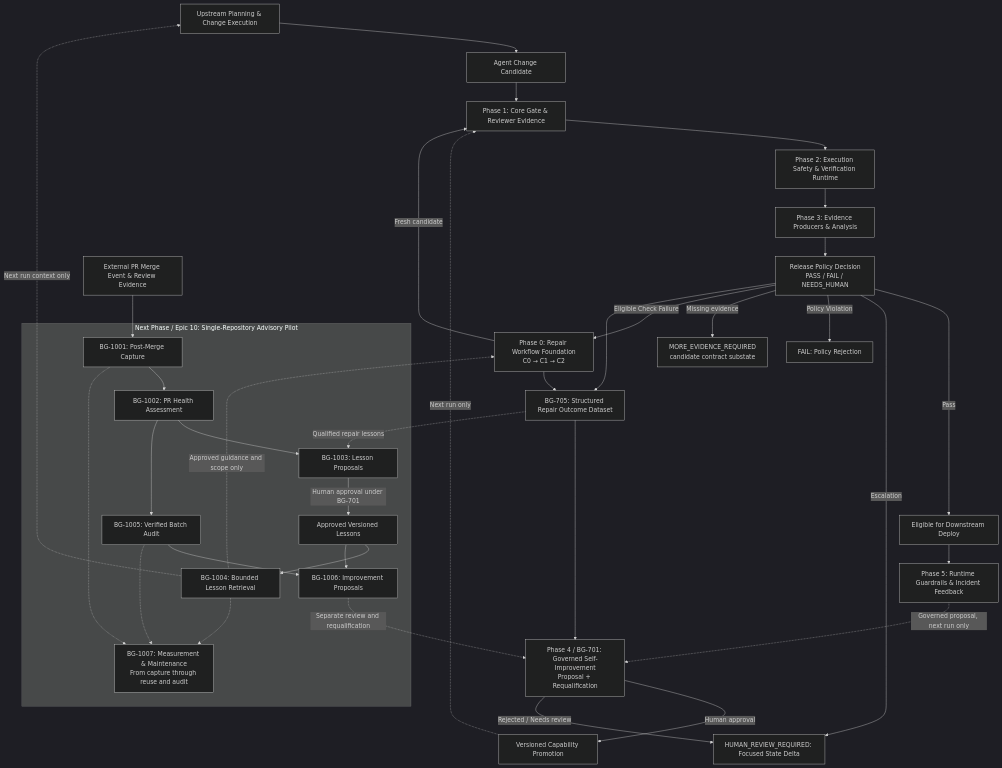
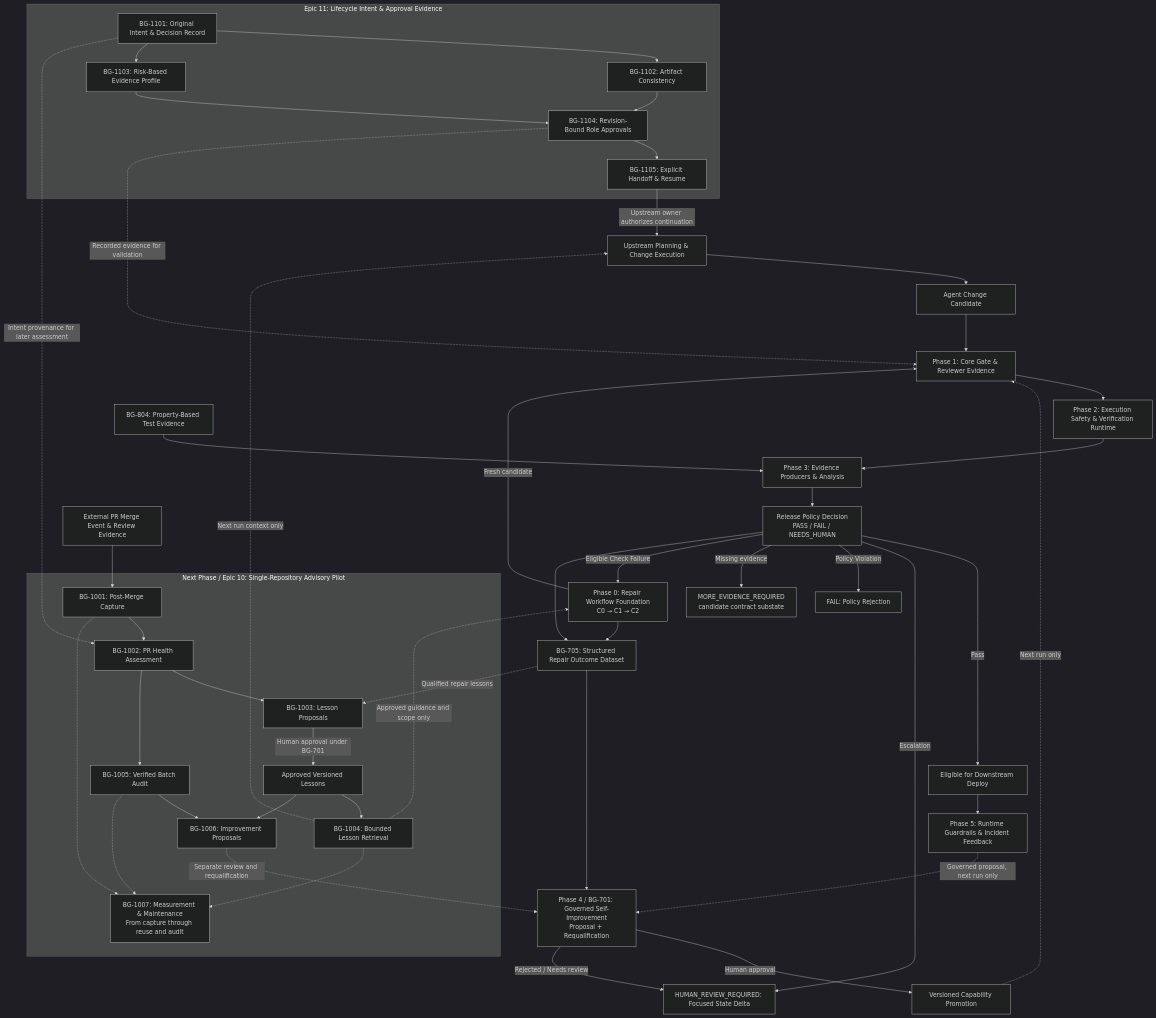
The diagram in release-gate/docs/backlog.md (jerryshao2012/blindspot-remediation), drawn with Mermaid (dark theme) before and after one commit. The commit also changed other lines of this file, not shown here.

First line of the commit message:
feat(docs): add Epic 11 lifecycle intent and approval evidence tracking

````diff
--- a/release-gate/docs/backlog.md
+++ b/release-gate/docs/backlog.md
@@ -72,41 +74,52 @@
 ```mermaid
 flowchart TD
     U[Upstream Planning & Change Execution] --> A[Agent Change Candidate]
     A --> B[Phase 1: Core Gate & Reviewer Evidence]
     B --> C[Phase 2: Execution Safety & Verification Runtime]
     C --> D[Phase 3: Evidence Producers & Analysis]
     D --> E[Release Policy Decision<br/>PASS / FAIL / NEEDS_HUMAN]
     E -->|Pass| H[Eligible for Downstream Deploy]
     E -->|Escalation| I[HUMAN_REVIEW_REQUIRED: Focused State Delta]
     E -->|Policy Violation| J[FAIL: Policy Rejection]
     E -->|Missing evidence| N[MORE_EVIDENCE_REQUIRED<br/>candidate contract substate]
     E -->|Eligible Check Failure| R[Phase 0: Repair Workflow Foundation<br/>C0 → C1 → C2]
     R -->|Fresh candidate| B
     E --> K[BG-705: Structured Repair Outcome Dataset]
     R --> K
     K --> L[Phase 4 / BG-701: Governed Self-Improvement<br/>Proposal + Requalification]
     L -->|Human approval| M[Versioned Capability Promotion]
     L -->|Rejected / Needs review| I
     M -.->|Next run only| B
     H --> O[Phase 5: Runtime Guardrails & Incident Feedback]
     O -.->|Governed proposal, next run only| L
 
     P[External PR Merge Event & Review Evidence] --> Q
     subgraph PILOT[Next Phase / Epic 10: Single-Repository Advisory Pilot]
         Q[BG-1001: Post-Merge Capture] --> S[BG-1002: PR Health Assessment]
         S --> T[BG-1003: Lesson Proposals]
         T -->|Human approval under BG-701| V[Approved Versioned Lessons]
         V --> W[BG-1004: Bounded Lesson Retrieval]
         S --> X[BG-1005: Verified Batch Audit]
         X --> Y[BG-1006: Improvement Proposals]
         V --> Y
         Z[BG-1007: Measurement & Maintenance<br/>From capture through reuse and audit]
         Q -.-> Z
         W -.-> Z
         X -.-> Z
     end
     K -.->|Qualified repair lessons| T
     W -.->|Next run context only| U
     W -.->|Approved guidance and scope only| R
     Y -.->|Separate review and requalification| L
+    subgraph INTENT[Epic 11: Lifecycle Intent & Approval Evidence]
+        IA[BG-1101: Original Intent & Decision Record] --> IB[BG-1102: Artifact Consistency]
+        IA --> IC[BG-1103: Risk-Based Evidence Profile]
+        IB --> ID[BG-1104: Revision-Bound Role Approvals]
+        IC --> ID
+        ID --> IE[BG-1105: Explicit Handoff & Resume]
+    end
+    IE -->|Upstream owner authorizes continuation| U
+    ID -.->|Recorded evidence for validation| B
+    IA -.->|Intent provenance for later assessment| S
+    PB[BG-804: Property-Based Test Evidence] --> D
 ```
````
